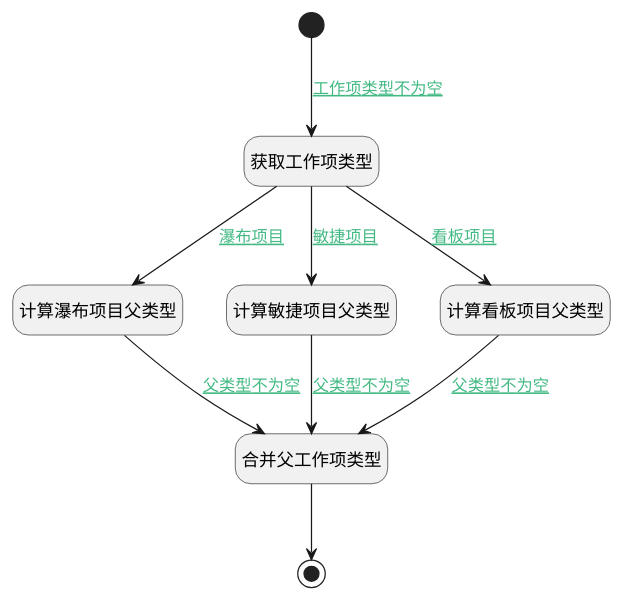
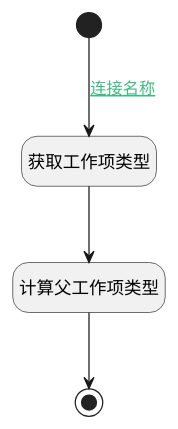
One commit to iBizLab/plm changed the diagram in doc/docsify/module/ProjMgmt/work_item/uilogic/calc_parent_work_item_type_form.md. Above: the diagram before and after it, drawn with PlantUML. The commit also changed other lines of this file and 1068 other files, not shown here.

````diff
--- a/doc/docsify/module/ProjMgmt/work_item/uilogic/calc_parent_work_item_type_form.md
+++ b/doc/docsify/module/ProjMgmt/work_item/uilogic/calc_parent_work_item_type_form.md
@@ -7,31 +7,23 @@
 ```plantuml
 @startuml
 hide footbox
 <style>
 root {
   HyperlinkColor #42b983
 }
 </style>
 
 hide empty description
 state "开始" as Begin <<start>> [[$./calc_parent_work_item_type_form#begin {开始}]]
-state "计算瀑布项目父类型" as RAWJSCODE2  [[$./calc_parent_work_item_type_form#rawjscode2 {计算瀑布项目父类型}]]
-state "计算敏捷项目父类型" as RAWJSCODE3  [[$./calc_parent_work_item_type_form#rawjscode3 {计算敏捷项目父类型}]]
-state "获取工作项类型" as PREPAREJSPARAM1  [[$./calc_parent_work_item_type_form#preparejsparam1 {获取工作项类型}]]
-state "计算看板项目父类型" as RAWJSCODE1  [[$./calc_parent_work_item_type_form#rawjscode1 {计算看板项目父类型}]]
-state "合并父工作项类型" as PREPAREJSPARAM2  [[$./calc_parent_work_item_type_form#preparejsparam2 {合并父工作项类型}]]
-state "结束" as END1 <<end>> [[$./calc_parent_work_item_type_form#end1 {结束}]]
+state "结束" as END2 <<end>> [[$./calc_parent_work_item_type_form#end2 {结束}]]
+state "计算父工作项类型" as RAWJSCODE4  [[$./calc_parent_work_item_type_form#rawjscode4 {计算父工作项类型}]]
+state "获取工作项类型" as PREPAREJSPARAM3  [[$./calc_parent_work_item_type_form#preparejsparam3 {获取工作项类型}]]
 
 
-Begin --> PREPAREJSPARAM1 : [[$./calc_parent_work_item_type_form#begin-preparejsparam1{工作项类型不为空} 工作项类型不为空]]
-PREPAREJSPARAM1 --> RAWJSCODE1 : [[$./calc_parent_work_item_type_form#preparejsparam1-rawjscode1{看板项目} 看板项目]]
-RAWJSCODE1 --> PREPAREJSPARAM2 : [[$./calc_parent_work_item_type_form#rawjscode1-preparejsparam2{父类型不为空} 父类型不为空]]
-PREPAREJSPARAM2 --> END1
-PREPAREJSPARAM1 --> RAWJSCODE2 : [[$./calc_parent_work_item_type_form#preparejsparam1-rawjscode2{瀑布项目} 瀑布项目]]
-RAWJSCODE2 --> PREPAREJSPARAM2 : [[$./calc_parent_work_item_type_form#rawjscode2-preparejsparam2{父类型不为空} 父类型不为空]]
-PREPAREJSPARAM1 --> RAWJSCODE3 : [[$./calc_parent_work_item_type_form#preparejsparam1-rawjscode3{敏捷项目} 敏捷项目]]
-RAWJSCODE3 --> PREPAREJSPARAM2 : [[$./calc_parent_work_item_type_form#rawjscode3-preparejsparam2{父类型不为空} 父类型不为空]]
+Begin --> PREPAREJSPARAM3 : [[$./calc_parent_work_item_type_form#begin-preparejsparam3{连接名称} 连接名称]]
+PREPAREJSPARAM3 --> RAWJSCODE4
+RAWJSCODE4 --> END2
 
 
 @enduml
 ```
````
